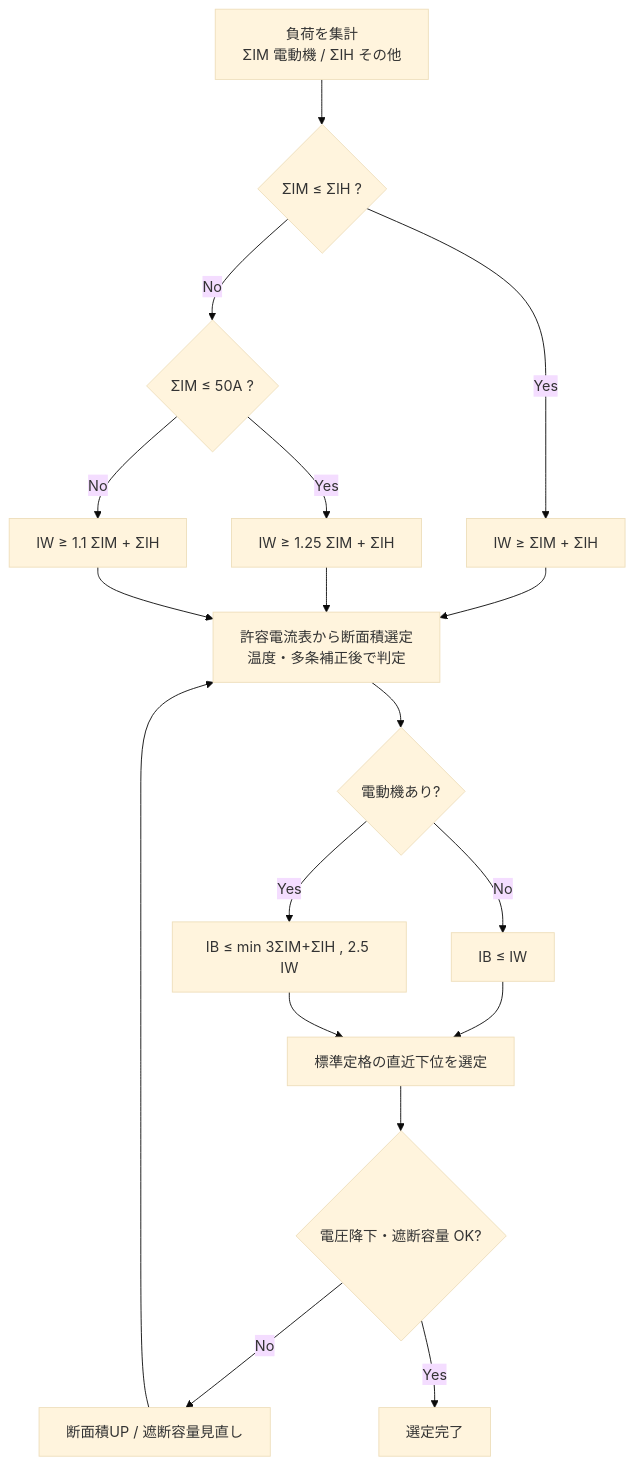
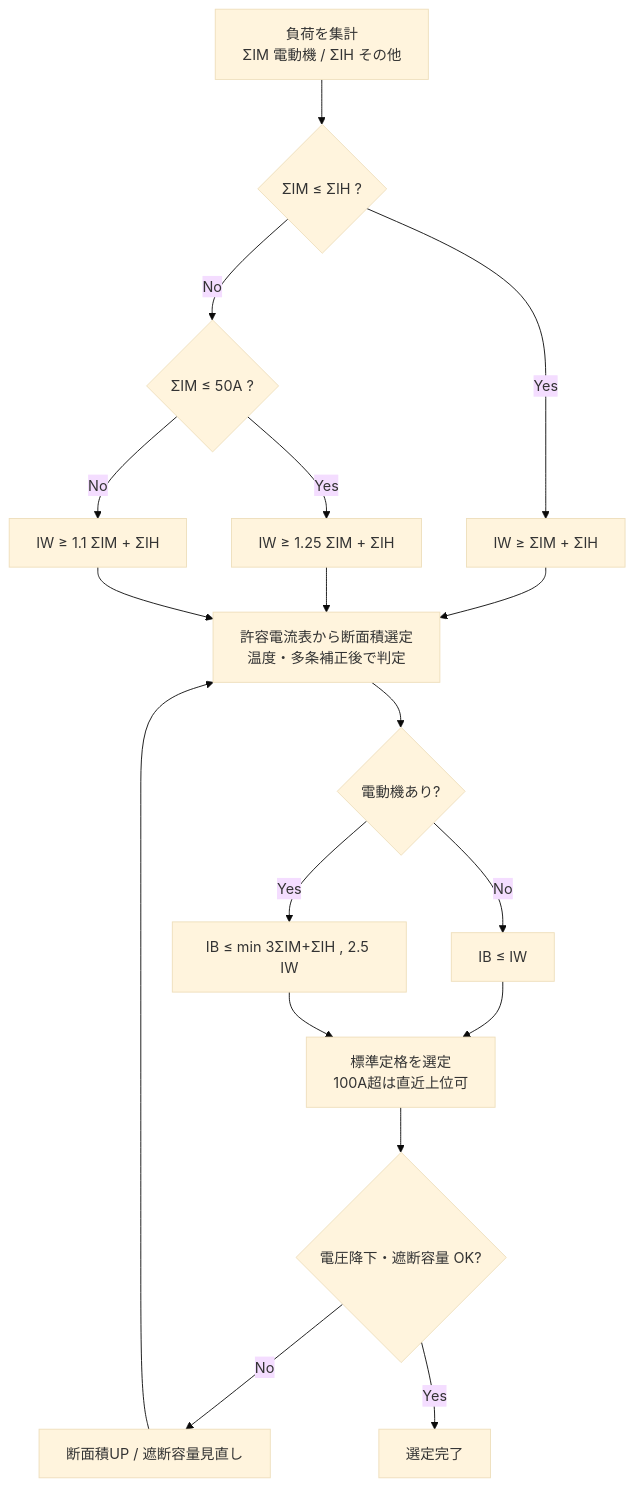
The diagram in docs/04-sekkei/feeder-breaker-sizing.md (kfurufuru/ei-wiki), drawn with Mermaid (base theme) before and after one commit. The commit also changed other lines of this file, not shown here.

````diff
--- a/docs/04-sekkei/feeder-breaker-sizing.md
+++ b/docs/04-sekkei/feeder-breaker-sizing.md
@@ -120,20 +123,20 @@
 ```mermaid
 flowchart TD
     A[負荷を集計\nΣIM 電動機 / ΣIH その他] --> B{ΣIM ≤ ΣIH ?}
     B -- Yes --> C[IW ≥ ΣIM + ΣIH]
     B -- No --> D{ΣIM ≤ 50A ?}
     D -- Yes --> E[IW ≥ 1.25 ΣIM + ΣIH]
     D -- No --> F[IW ≥ 1.1 ΣIM + ΣIH]
     C --> G[許容電流表から断面積選定\n温度・多条補正後で判定]
     E --> G
     F --> G
     G --> H{電動機あり?}
     H -- No --> I[IB ≤ IW]
     H -- Yes --> J[IB ≤ min 3ΣIM+ΣIH , 2.5 IW]
-    I --> K[標準定格の直近下位を選定]
+    I --> K[標準定格を選定\n100A超は直近上位可]
     J --> K
     K --> L{電圧降下・遮断容量 OK?}
     L -- No --> M[断面積UP / 遮断容量見直し]
     M --> G
     L -- Yes --> N[選定完了]
 ```
````
